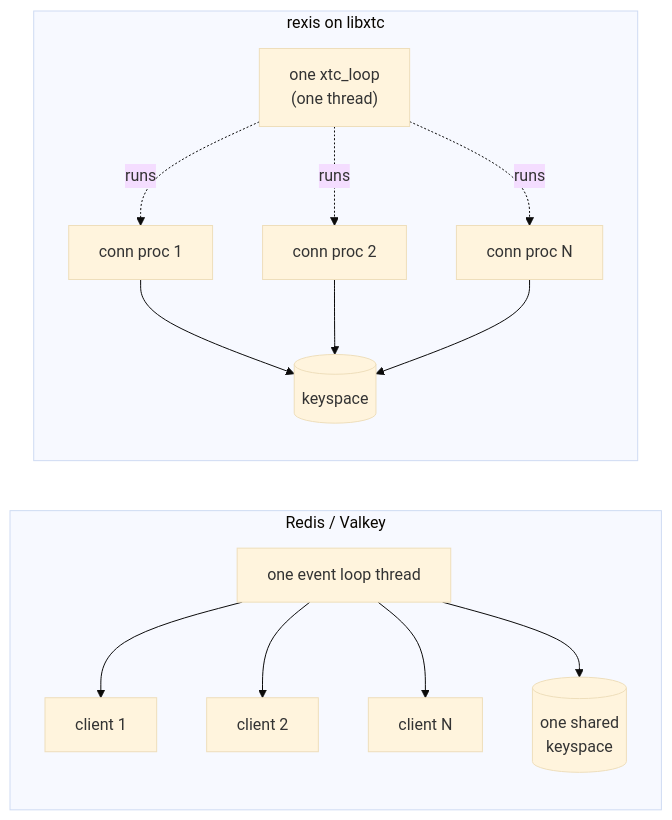
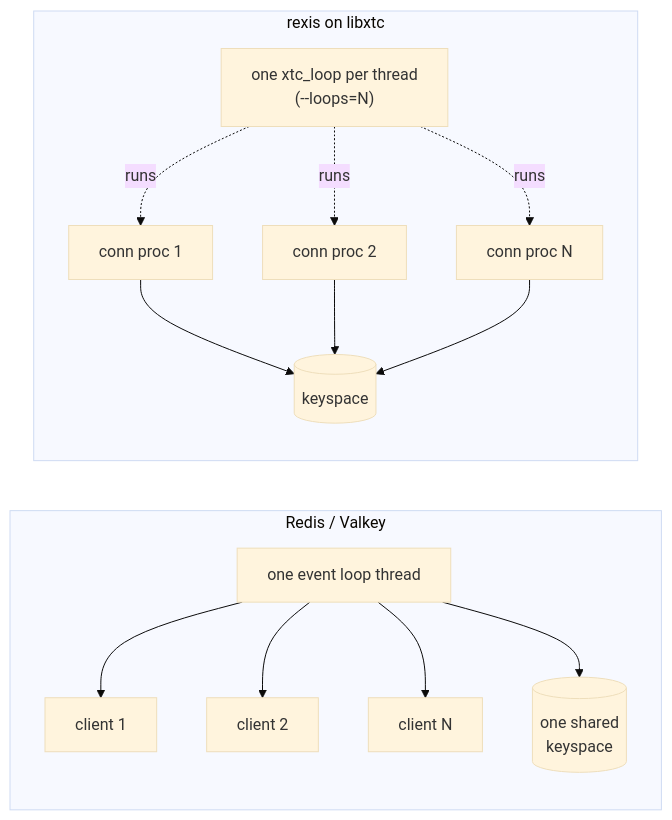
One commit to gburd/libxtc changed the diagram in docs/examples/rexis.md. Above: the diagram before and after it, drawn with Mermaid (base theme). The commit also changed other lines of this file and 13 other files, not shown here.

````diff
--- a/docs/examples/rexis.md
+++ b/docs/examples/rexis.md
@@ -39,15 +39,15 @@
 ```mermaid
 flowchart LR
     subgraph Redis["Redis / Valkey"]
         R1["one event loop thread"] --> RA["client 1"]
         R1 --> RB["client 2"]
         R1 --> RC["client N"]
         R1 --> RS[("one shared<br/>keyspace")]
     end
     subgraph rexis["rexis on libxtc"]
         P1["conn proc 1"] --> KS[("keyspace")]
         P2["conn proc 2"] --> KS
         PN["conn proc N"] --> KS
-        EX["one xtc_loop<br/>(one thread)"] -.->|runs| P1 & P2 & PN
+        EX["one xtc_loop per thread<br/>(--loops=N)"] -.->|runs| P1 & P2 & PN
     end
 ```
````
